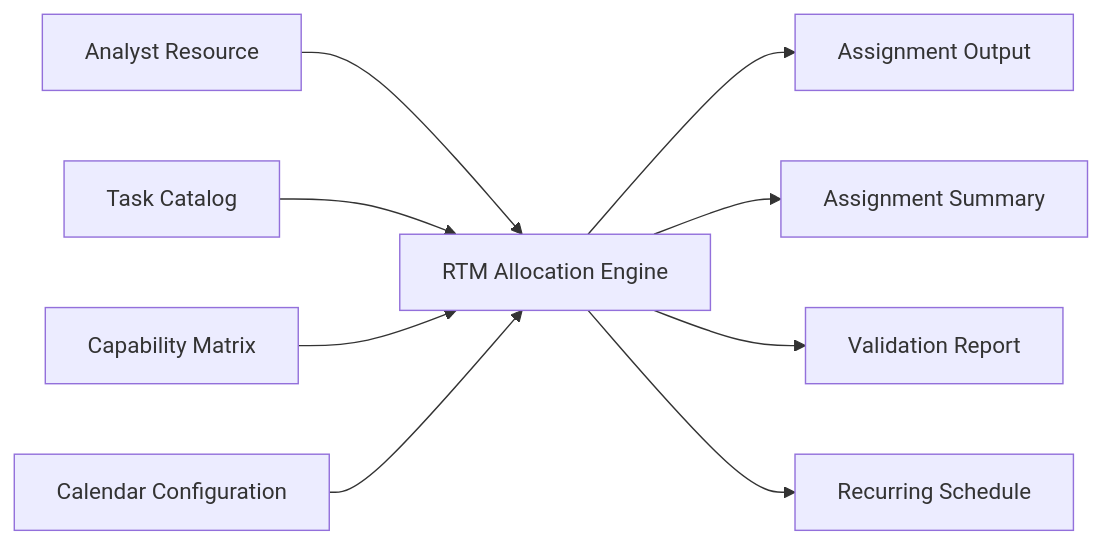
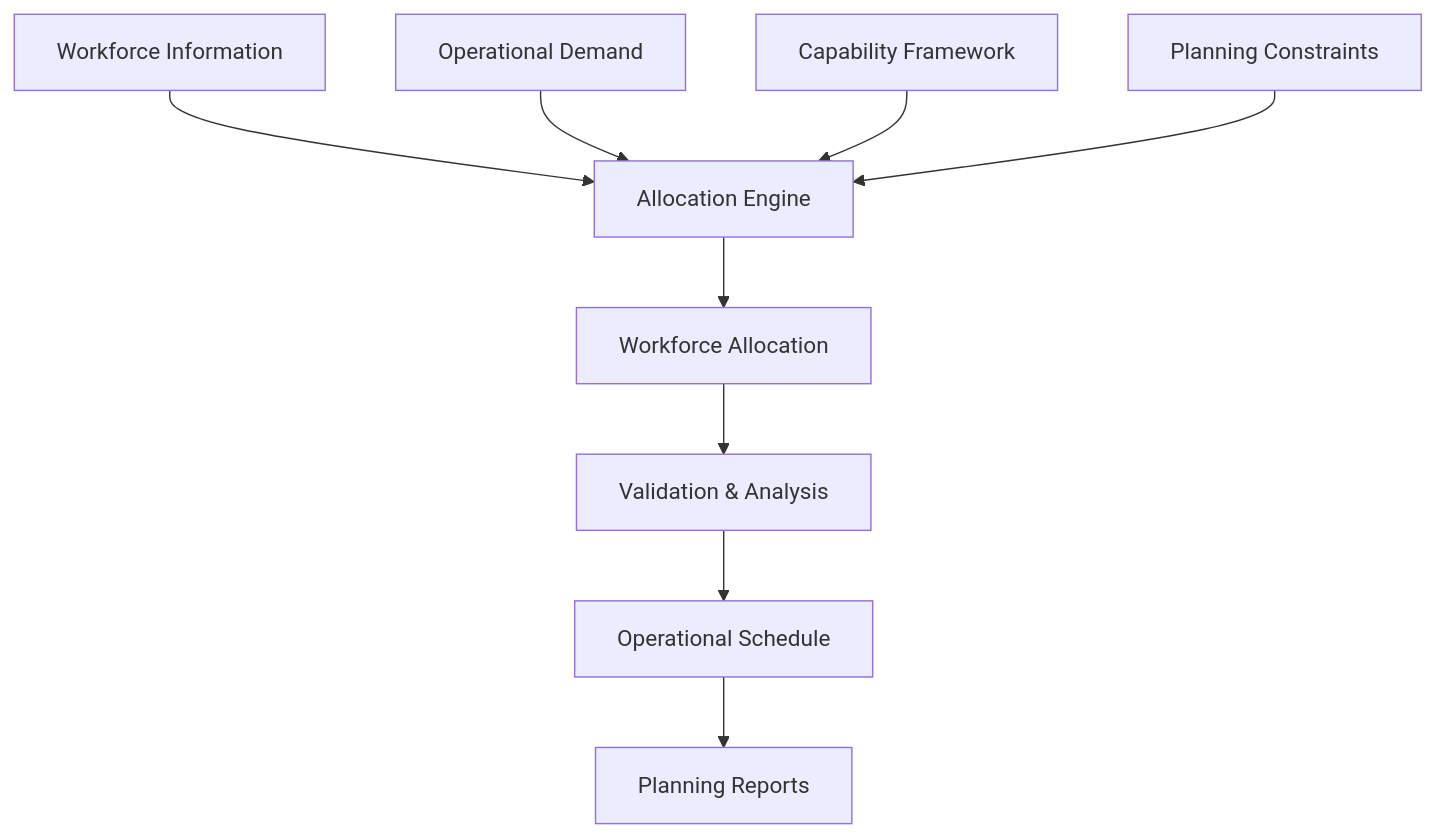
The diagram in projects/resource-task-manager/Read.md (Raven0129/ai-automation-portfolio), drawn with Mermaid before and after one commit. The commit also changed other lines of this file, not shown here.

````diff
--- a/projects/resource-task-manager/Read.md
+++ b/projects/resource-task-manager/Read.md
@@ -74,12 +81,24 @@
 ```mermaid
-flowchart LR
-    A[Analyst Resource] --> E[RTM Allocation Engine]
-    T[Task Catalog] --> E
-    C[Capability Matrix] --> E
-    D[Calendar Configuration] --> E
+flowchart TD
 
-    E --> O[Assignment Output]
-    E --> S[Assignment Summary]
-    E --> V[Validation Report]
-    E --> K[Recurring Schedule]
+A[Workforce Information]
+
+B[Operational Demand]
+
+C[Capability Framework]
+
+D[Planning Constraints]
+
+A --> E[Allocation Engine]
+B --> E
+C --> E
+D --> E
+
+E --> F[Workforce Allocation]
+
+F --> G[Validation & Analysis]
+
+G --> H[Operational Schedule]
+
+H --> I[Planning Reports]
 ```
````
